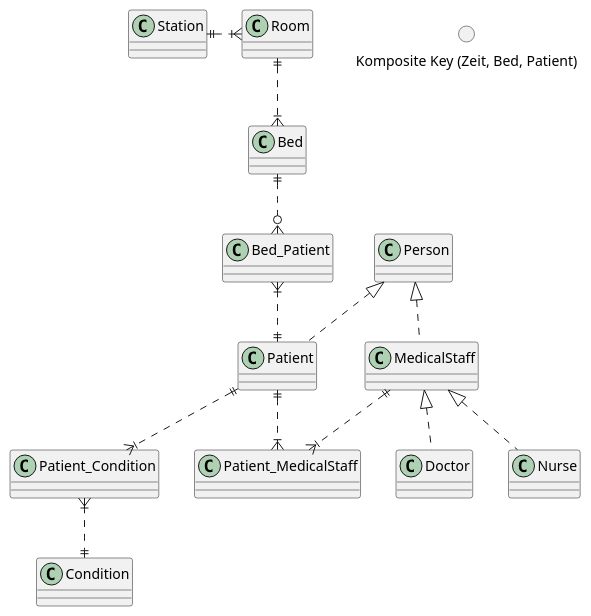
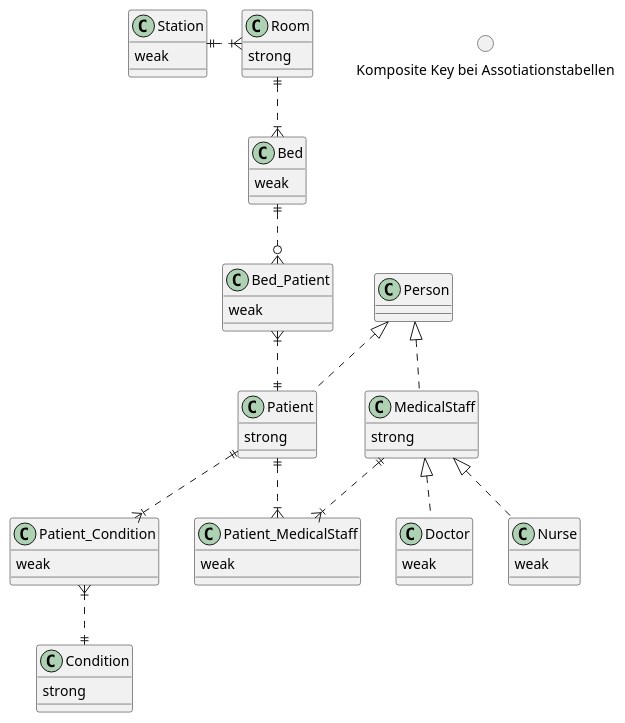
One commit to AnnaHartl/HospitalDBI changed the diagram in hospital_erd.puml. Above: the diagram before and after it, drawn with PlantUML. The commit also changed 2 other files, not shown here.

Commit message:
identified strong and weak entities

```diff
--- a/hospital_erd.puml
+++ b/hospital_erd.puml
@@ -1,19 +1,62 @@
 @startuml
 Bed }|.u.|| Room
 Room }|.l.|| Station
 Bed ||..o{ Bed_Patient
 Bed_Patient }|..|| Patient
 Patient ||..|{ Patient_MedicalStaff
 MedicalStaff ||..|{ Patient_MedicalStaff
 MedicalStaff <|.. Doctor
 MedicalStaff <|.. Nurse
 Person <|.. MedicalStaff
 Person <|.. Patient
 
 Patient ||..|{ Patient_Condition
 Condition ||.u.|{ Patient_Condition
 
-circle "Komposite Key (Zeit, Bed, Patient)"
+circle "Komposite Key bei Assotiationstabellen"
 
+class Room {
+ strong
+}
+
+class Bed {
+ weak
+}
+
+class Station {
+ weak
+}
+
+class Bed_Patient {
+ weak
+}
+
+class Patient {
+ strong
+}
+
+class Patient_Condition {
+ weak
+}
+
+class Condition {
+ strong
+}
+
+class Doctor {
+ weak
+}
+
+class Nurse {
+ weak
+}
+
+class MedicalStaff {
+ strong
+}
+
+class Patient_MedicalStaff {
+ weak
+}
 
 @enduml
```
